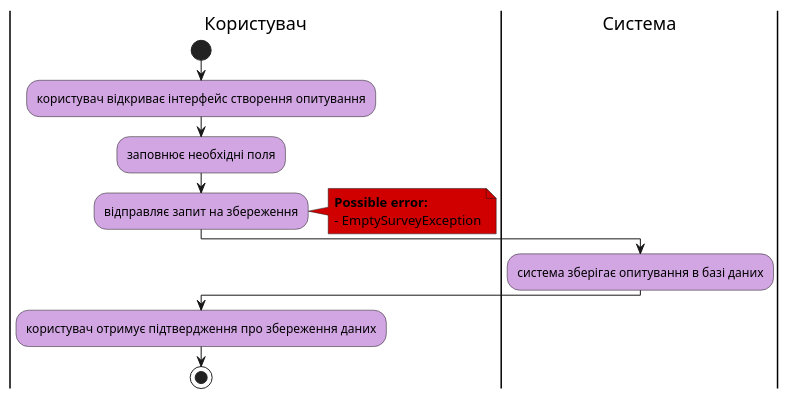
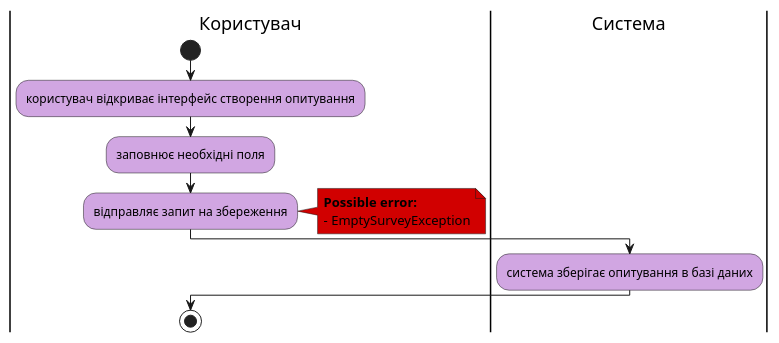
Before and after one commit to sunnytea0/db_labs_my: the sixth of 15 diagrams in docs/use cases/README.md, drawn with PlantUML. The commit also changed other lines of this file, not shown here.

```diff
--- a/docs/use cases/README.md
+++ b/docs/use cases/README.md
@@ -217,23 +217,21 @@
 @startuml
 
         skinparam ActivityBackgroundColor #d1a6e2
 
         |Користувач|
         start;
         :користувач відкриває інтерфейс створення опитування;
         :заповнює необхідні поля;
         :відправляє запит на збереження;
         note right #D10000
         <b>Possible error:
         - EmptySurveyException
         end note
 
         |Система|
         :система зберігає опитування в базі даних;
 
         |Користувач|
-        :користувач отримує підтвердження про збереження даних;
-
         stop;
 
 @enduml
```
